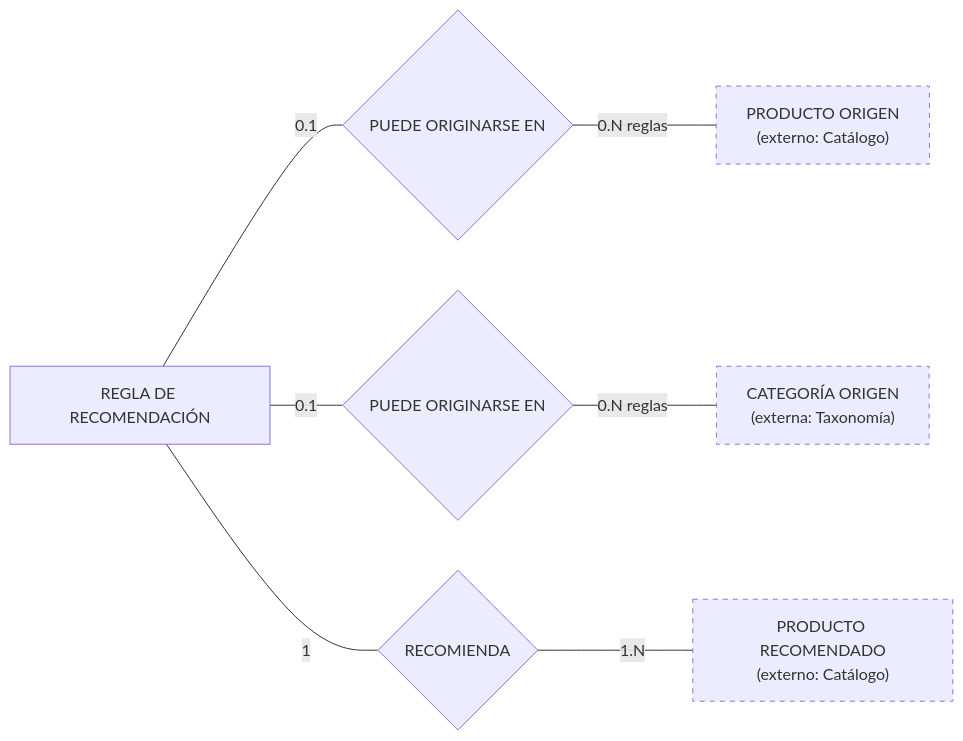
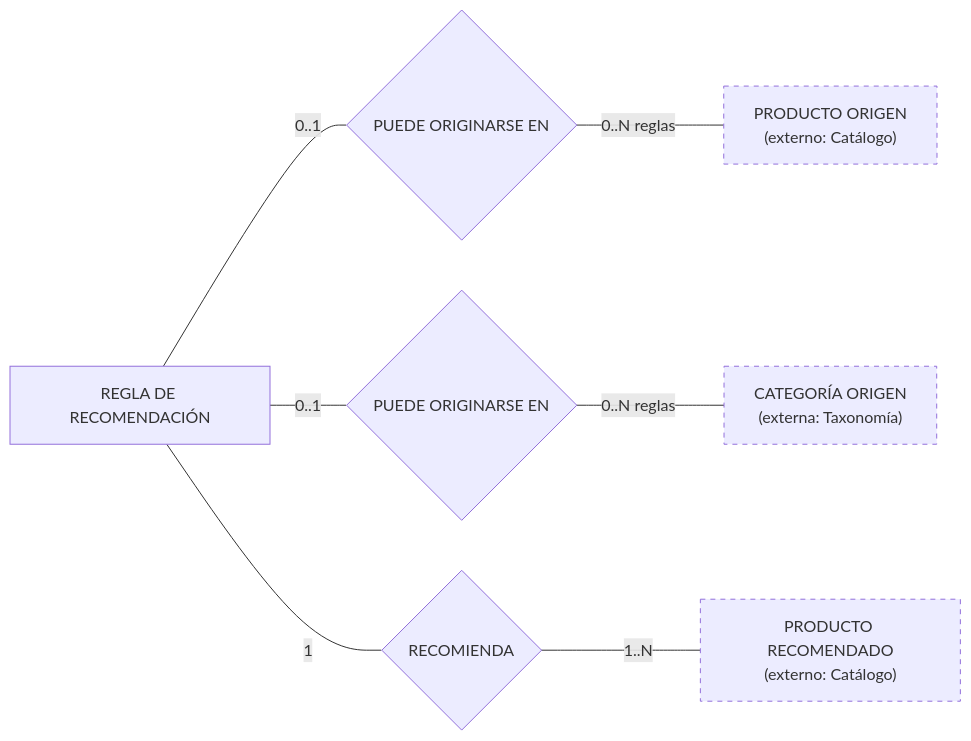
The seventh of 10 diagrams in Modelo_Conceptual.md (Taller-SW-Web/G6-Productos-Ofertas-docs), drawn with Mermaid before and after one commit. The commit also changed other lines of this file and 11 other files, not shown here.

````diff
--- a/Modelo_Conceptual.md
+++ b/Modelo_Conceptual.md
@@ -600,24 +626,24 @@
 ```mermaid
 flowchart LR
   RULE["REGLA DE RECOMENDACIÓN"]
 
   ORIGIN_PRODUCT["PRODUCTO ORIGEN<br/>(externo: Catálogo)"]
   ORIGIN_CATEGORY["CATEGORÍA ORIGEN<br/>(externa: Taxonomía)"]
   RECOMMENDED["PRODUCTO RECOMENDADO<br/>(externo: Catálogo)"]
 
   R_OP{"PUEDE ORIGINARSE EN"}
   R_OC{"PUEDE ORIGINARSE EN"}
   R_REC{"RECOMIENDA"}
 
-  RULE ---|"0.1"| R_OP
-  R_OP ---|"0.N reglas"| ORIGIN_PRODUCT
+  RULE ---|"0..1"| R_OP
+  R_OP ---|"0..N reglas"| ORIGIN_PRODUCT
 
-  RULE ---|"0.1"| R_OC
-  R_OC ---|"0.N reglas"| ORIGIN_CATEGORY
+  RULE ---|"0..1"| R_OC
+  R_OC ---|"0..N reglas"| ORIGIN_CATEGORY
 
   RULE ---|"1"| R_REC
-  R_REC ---|"1.N"| RECOMMENDED
+  R_REC ---|"1..N"| RECOMMENDED
 
   classDef external stroke-dasharray: 5 5;
   class ORIGIN_PRODUCT,ORIGIN_CATEGORY,RECOMMENDED external;
 ```
````
